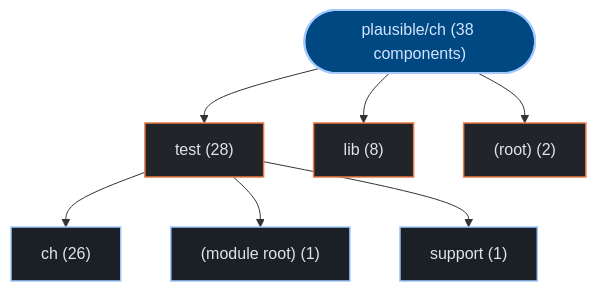
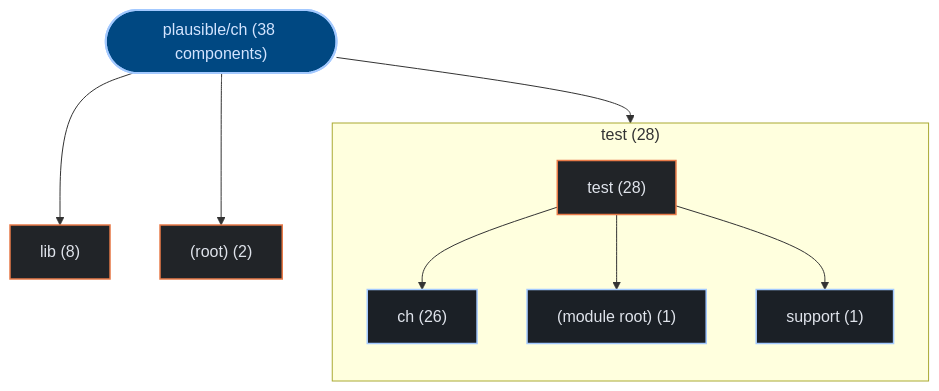
One commit to kumarshaz/atruss-code-atlas changed the first of 3 diagrams in exports/latest/reports/plausible-ch-report.md. Above: the diagram before and after it, drawn with Mermaid. The commit also changed 178 other files, not shown here.

Commit message:
feat(ui,mermaid): upgrade to mermaid v12 + ELK layout, add orgs-summary + pagination, subgraph building blocks, fix tab alignment

````diff
--- a/exports/latest/reports/plausible-ch-report.md
+++ b/exports/latest/reports/plausible-ch-report.md
@@ -42,23 +42,26 @@
 ```mermaid
 graph TD;
   classDef atlasRoot fill:#004882,stroke:#a3c9ff,stroke-width:2px,color:#d3e4ff
   classDef atlasCategory fill:#212428,stroke:#E87A48,stroke-width:1.5px,color:#dfe3eb
   classDef atlasWorkflow fill:#1b2026,stroke:#a3c9ff,stroke-width:1.5px,color:#dfe3eb
   classDef atlasJob fill:#171c22,stroke:#8d9199,stroke-width:1px,color:#dfe3eb
   classDef atlasTarget fill:#005227,stroke:#8bd99b,stroke-width:1.5px,color:#a7f6b6
   classDef atlasAlert fill:#93000a,stroke:#ffb4ab,stroke-width:1.5px,color:#ffdad6
   classDef atlasMore fill:#252a31,stroke:#8d9199,stroke-dasharray:4 4,color:#c3c6cf
     repo_root(["plausible/ch (38 components)"]):::atlasRoot
-    dir_0_test["test (28)"]:::atlasCategory
+    subgraph sg_dir_0_test["test (28)"]
+      direction TB
+      dir_0_test["test (28)"]:::atlasCategory
+      sub_0_0_ch["ch (26)"]:::atlasWorkflow
+      dir_0_test --> sub_0_0_ch
+      sub_0_1__module_root_["(module root) (1)"]:::atlasWorkflow
+      dir_0_test --> sub_0_1__module_root_
+      sub_0_2_support["support (1)"]:::atlasWorkflow
+      dir_0_test --> sub_0_2_support
+    end
     repo_root --> dir_0_test
-    sub_0_0_ch["ch (26)"]:::atlasWorkflow
-    dir_0_test --> sub_0_0_ch
-    sub_0_1__module_root_["(module root) (1)"]:::atlasWorkflow
-    dir_0_test --> sub_0_1__module_root_
-    sub_0_2_support["support (1)"]:::atlasWorkflow
-    dir_0_test --> sub_0_2_support
     dir_1_lib["lib (8)"]:::atlasCategory
     repo_root --> dir_1_lib
     dir_2__root_["(root) (2)"]:::atlasCategory
     repo_root --> dir_2__root_
 ```
````
